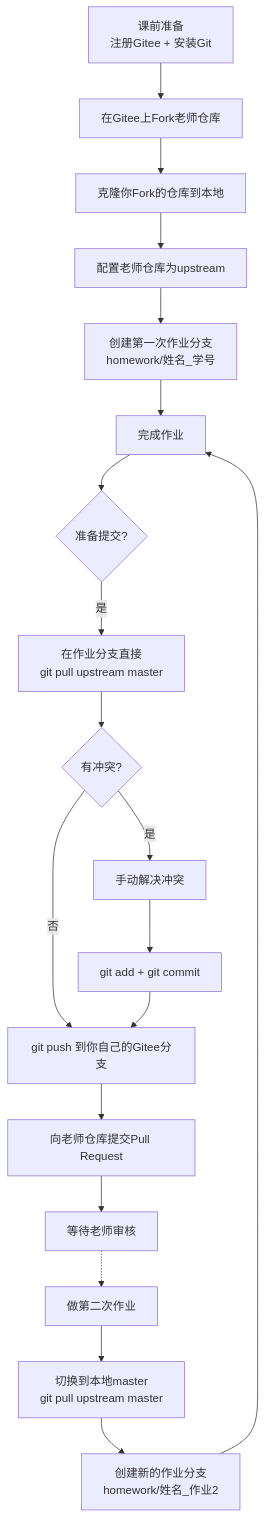
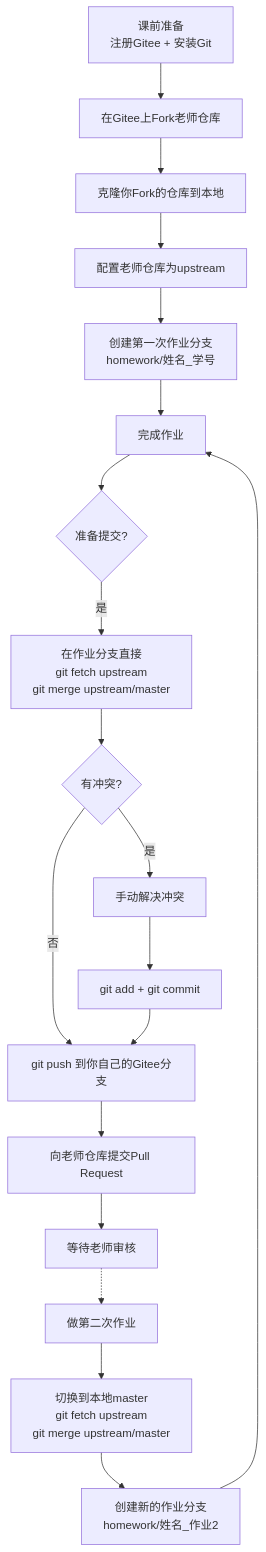
Before and after one commit to pywww/ai-tool-course-homework-2026: the diagram in README.md, drawn with Mermaid. The commit also changed other lines of this file and 1 other file, not shown here.

Commit message:
lesson2_python_env

````diff
--- a/README.md
+++ b/README.md
@@ -627,21 +627,21 @@
 ```mermaid
 flowchart TD
     A[课前准备<br/>注册Gitee + 安装Git] --> B1[在Gitee上Fork老师仓库]
     B1 --> B2[克隆你Fork的仓库到本地]
     B2 --> B3[配置老师仓库为upstream]
     B3 --> C[创建第一次作业分支<br/>homework/姓名_学号]
     C --> D[完成作业]
     D --> E{准备提交?}
-    E -->|是| G[在作业分支直接<br/>git pull upstream master]
+    E -->|是| G[在作业分支直接<br/>git fetch upstream<br/>git merge upstream/master]
     G --> H{有冲突?}
     H -->|是| I[手动解决冲突]
     I --> J[git add + git commit]
     H -->|否| K[git push 到你自己的Gitee分支]
     J --> K
     K --> L[向老师仓库提交Pull Request]
     L --> M[等待老师审核]
     M -.-> N[做第二次作业]
-    N --> F2_2[切换到本地master<br/>git pull upstream master]
+    N --> F2_2[切换到本地master<br/>git fetch upstream<br/>git merge upstream/master]
     F2_2 --> C2[创建新的作业分支<br/>homework/姓名_作业2]
     C2 --> D
 ```
````
